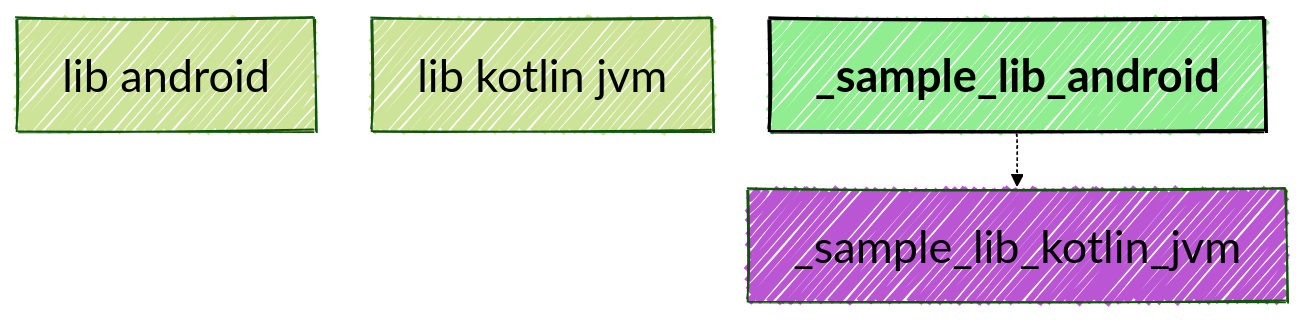
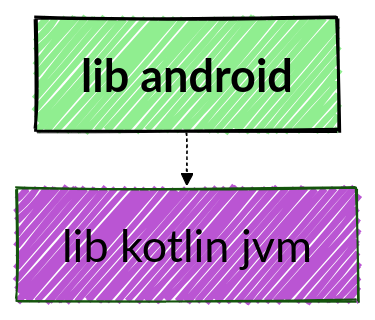
The diagram in samples/sample-mermaid/sample-lib-android/modular/chart.mmd (jonapoul/atlas), drawn with Mermaid before and after one commit. The commit also changed 21 other files, not shown here.

Commit message:
Fix `MermaidWriter` (#256)

```diff
--- a/samples/sample-mermaid/sample-lib-android/modular/chart.mmd
+++ b/samples/sample-mermaid/sample-lib-android/modular/chart.mmd
@@ -1,27 +1,27 @@
 ---
 config:
   layout: elk
   look: handDrawn
   theme: forest
   elk:
     mergeEdges: true
     forceNodeModelOrder: true
     nodePlacementStrategy: LINEAR_SEGMENTS
     cycleBreakingStrategy: INTERACTIVE
     considerModelOrder: PREFER_EDGES
   themeVariables:
     background: #FFF
     fontFamily: arial
     lineColor: #55FF55
     primaryBorderColor: #FF5555
     primaryColor: #ABC123
     darkMode: true
     fontSize: 30px
     defaultLinkColor: #5555FF
 ---
 graph TD
   lib_android["lib android"]
   lib_kotlin_jvm["lib kotlin jvm"]
-  style _sample_lib_android fill:lightgreen,color:black,font-weight:bold,stroke:black,stroke-width:2px
-  style _sample_lib_kotlin_jvm fill:mediumorchid,color:black
-  _sample_lib_android -.-> _sample_lib_kotlin_jvm
+  style lib_android fill:lightgreen,font-weight:bold,stroke:black,stroke-width:2px,fillcolor:lightgreen
+  style lib_kotlin_jvm fill:mediumorchid,fillcolor:mediumorchid
+  lib_android -.-> lib_kotlin_jvm
```
